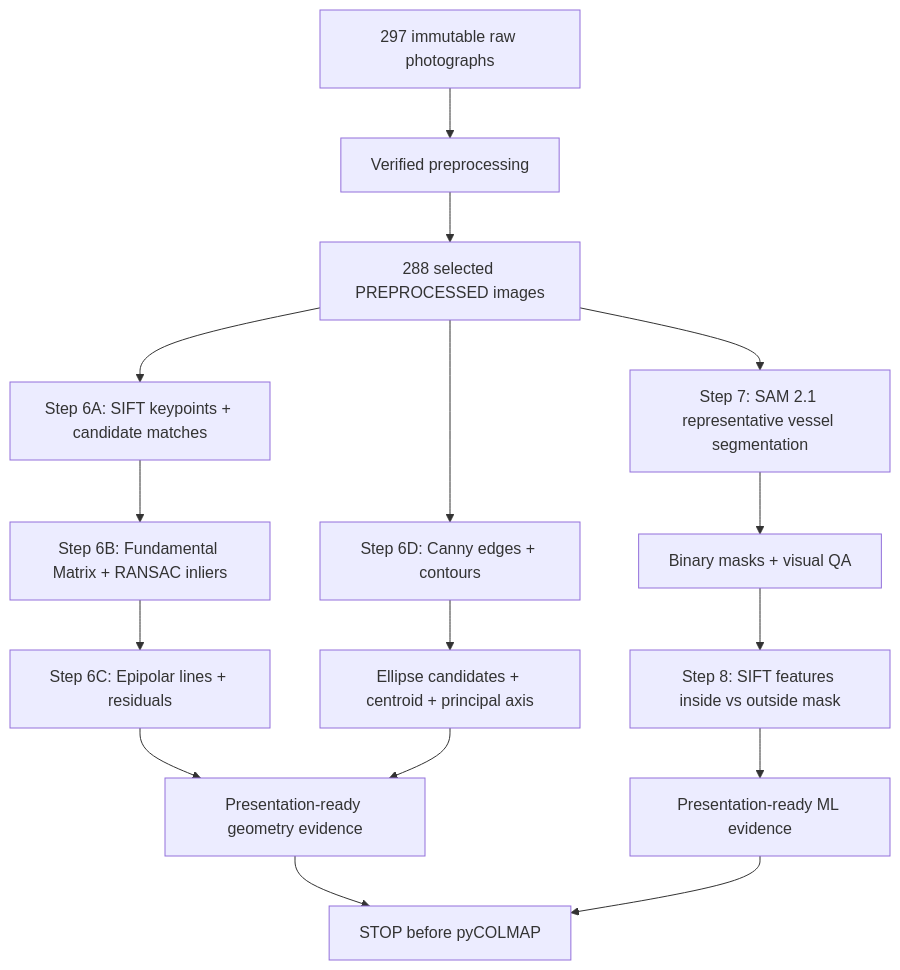
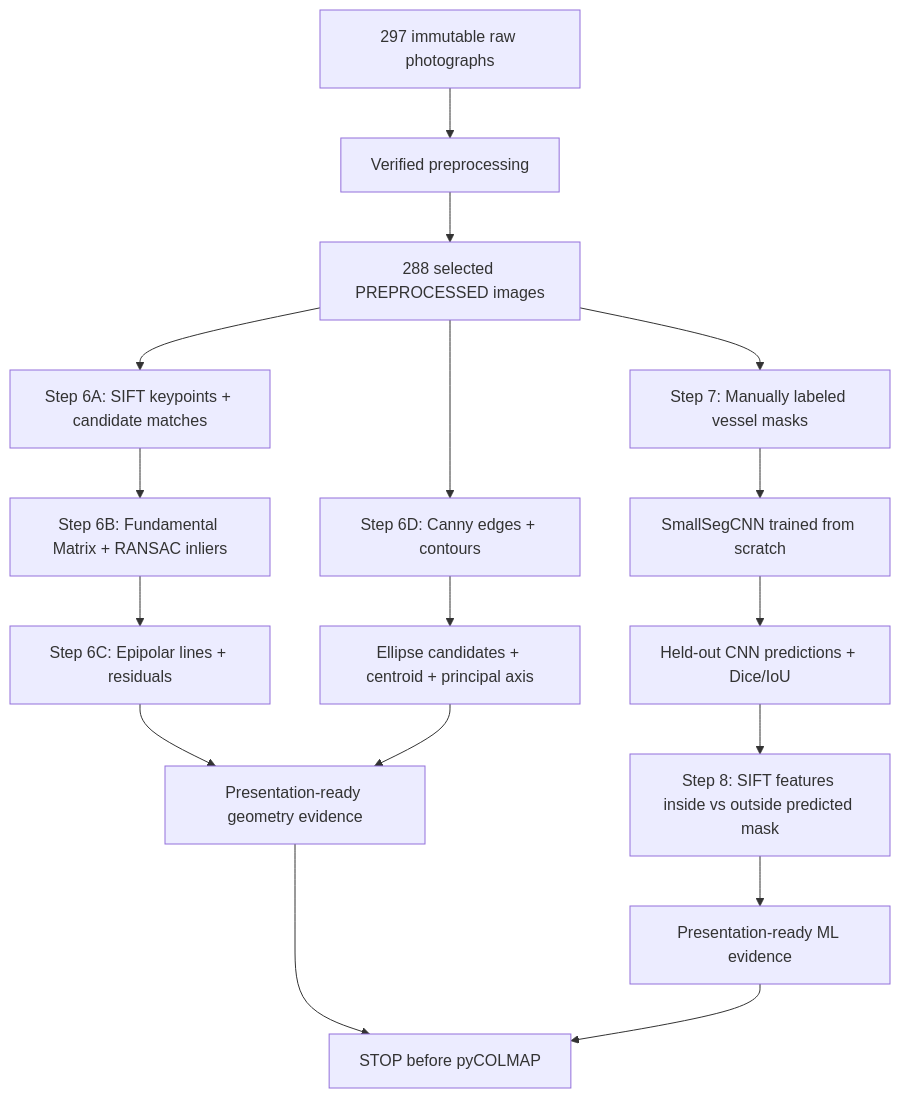
Before and after one commit to PracticalSwan/thai-libation-brass-vessel-3d-reconstruction: the diagram in docs/superpowers/specs/2026-08-27-geometry-ml-integration-design.md, drawn with Mermaid. The commit also changed other lines of this file and 10 other files, not shown here.

Commit message:
docs(ml): plan from-scratch CNN segmentation

````diff
--- a/docs/superpowers/specs/2026-08-27-geometry-ml-integration-design.md
+++ b/docs/superpowers/specs/2026-08-27-geometry-ml-integration-design.md
@@ -48,23 +51,24 @@
 ```mermaid
 flowchart TD
     A[297 immutable raw photographs] --> B[Verified preprocessing]
     B --> C[288 selected PREPROCESSED images]
 
     C --> G1[Step 6A: SIFT keypoints + candidate matches]
     G1 --> G2[Step 6B: Fundamental Matrix + RANSAC inliers]
     G2 --> G3[Step 6C: Epipolar lines + residuals]
 
     C --> S1[Step 6D: Canny edges + contours]
     S1 --> S2[Ellipse candidates + centroid + principal axis]
 
-    C --> M1[Step 7: SAM 2.1 representative vessel segmentation]
-    M1 --> M2[Binary masks + visual QA]
-    M2 --> M3[Step 8: SIFT features inside vs outside mask]
+    C --> M1[Step 7: Manually labeled vessel masks]
+    M1 --> M2[SmallSegCNN trained from scratch]
+    M2 --> M3[Held-out CNN predictions + Dice/IoU]
+    M3 --> M4[Step 8: SIFT features inside vs outside predicted mask]
 
     G3 --> O[Presentation-ready geometry evidence]
     S2 --> O
-    M3 --> P[Presentation-ready ML evidence]
+    M4 --> P[Presentation-ready ML evidence]
 
     O --> Z[STOP before pyCOLMAP]
     P --> Z
 ```
````
